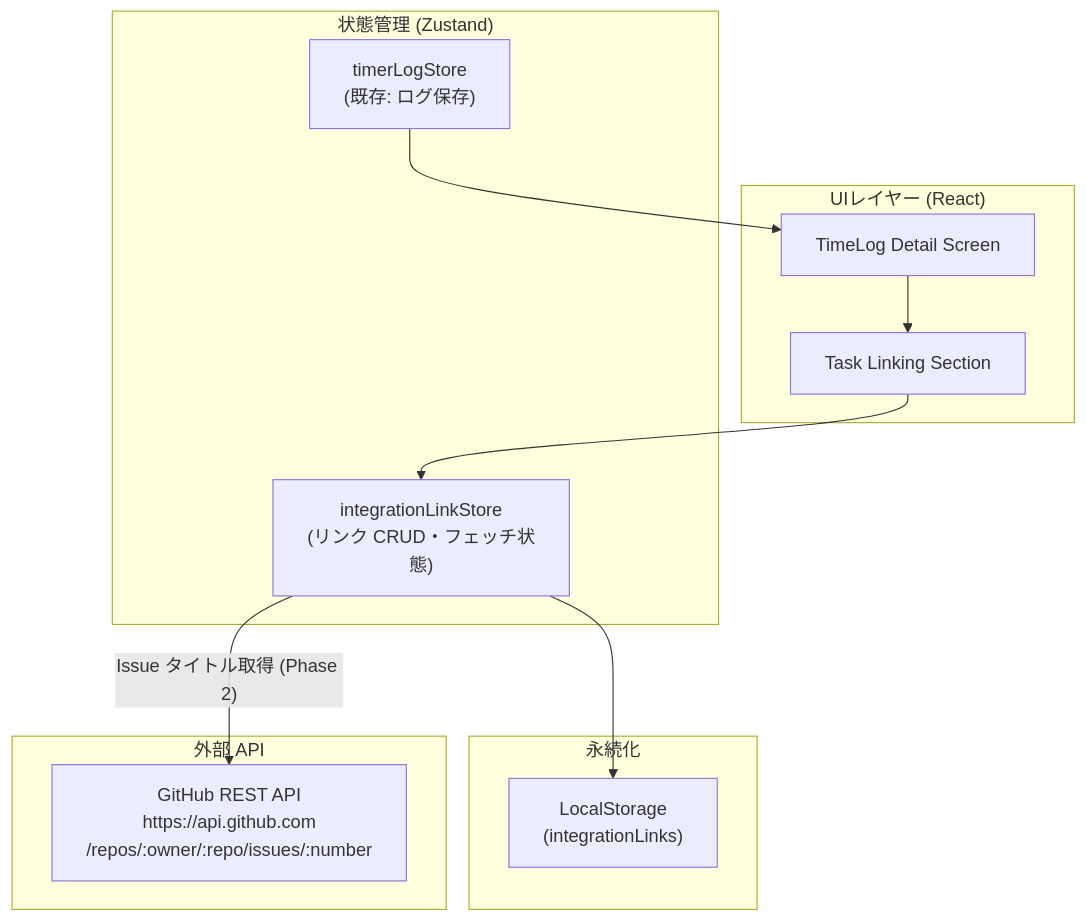
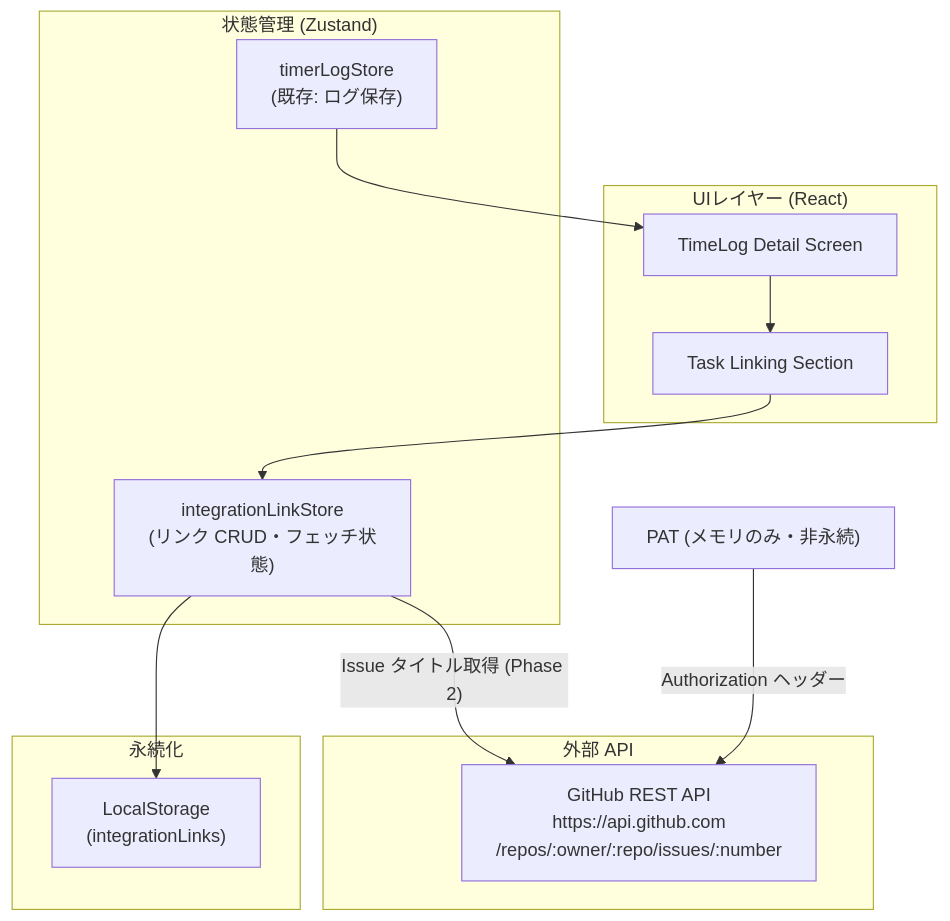
One commit to nigoh/Timer changed the first of 2 diagrams in docs/DESIGN_GITHUB_GITLAB_INTEGRATION.md. Above: the diagram before and after it, drawn with Mermaid. The commit also changed other lines of this file, not shown here.

Commit message:
docs: add private repo support with in-app PAT entry (memory-only)

````diff
--- a/docs/DESIGN_GITHUB_GITLAB_INTEGRATION.md
+++ b/docs/DESIGN_GITHUB_GITLAB_INTEGRATION.md
@@ -29,26 +30,27 @@
 ```mermaid
 flowchart TD
     subgraph UI["UIレイヤー (React)"]
         TLD["TimeLog Detail Screen"]
         TLS["Task Linking Section"]
     end
 
     subgraph Store["状態管理 (Zustand)"]
         ILS["integrationLinkStore\n(リンク CRUD・フェッチ状態)"]
         TLS2["timerLogStore\n(既存: ログ保存)"]
     end
 
     subgraph Persist["永続化"]
         LS["LocalStorage\n(integrationLinks)"]
     end
 
     subgraph External["外部 API"]
         GH["GitHub REST API\nhttps://api.github.com\n/repos/:owner/:repo/issues/:number"]
     end
 
     TLD --> TLS
     TLS --> ILS
     ILS --> LS
     ILS -->|"Issue タイトル取得 (Phase 2)"| GH
     TLS2 --> TLD
+    PAT["PAT (メモリのみ・非永続)"] -->|"Authorization ヘッダー"| GH
 ```
````
